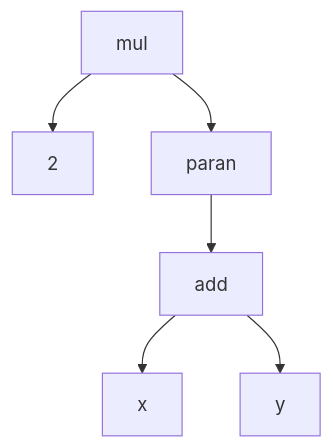
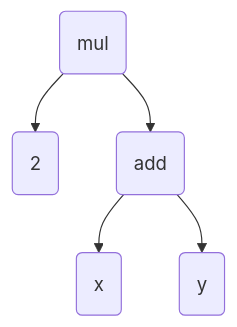
Before and after one commit to pengvyn/kavpix-code: the eighth of 35 diagrams in src/essays/number-tree/essay.md, drawn with Mermaid. The commit also changed other lines of this file and 1 other file, not shown here.

````diff
--- a/src/essays/number-tree/essay.md
+++ b/src/essays/number-tree/essay.md
@@ -78,8 +81,7 @@
 ```mermaid
     graph TD;
-        mul --> 2;
-        mul --> paran;
-        paran --> add;
-        add --> x;
-        add --> y;
+        mul(mul) --> 2(2);
+        mul --> add(add);
+        add --> x(x);
+        add --> y(y)
 ```
````
